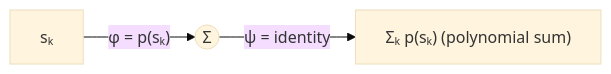
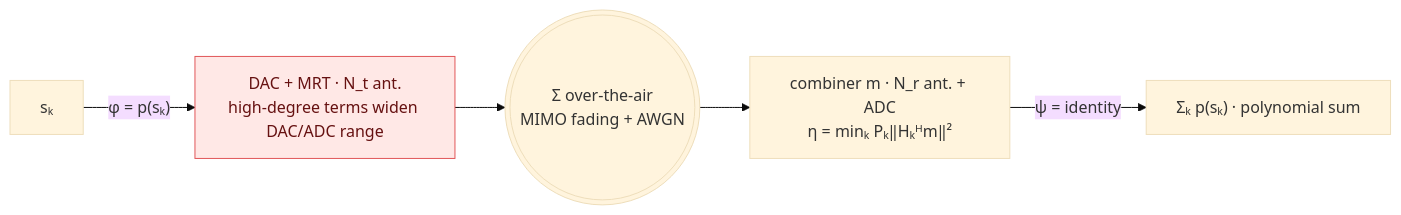
Before and after one commit to wincle626/OverAirCompute: the eighth of 13 diagrams in README.md, drawn with Mermaid (base theme). The commit also changed other lines of this file, not shown here.

````diff
--- a/README.md
+++ b/README.md
@@ -289,4 +322,9 @@
 ```mermaid
 flowchart LR
-    a["sₖ"] -->|"φ = p(sₖ)"| S(("Σ")) -->|"ψ = identity"| r["Σₖ p(sₖ)  (polynomial sum)"]
+    s["sₖ"] -->|"φ = p(sₖ)"| tx["DAC + MRT · N_t ant.<br/>high-degree terms widen DAC/ADC range"]
+    tx --> air((("Σ over-the-air<br/>MIMO fading + AWGN")))
+    air --> rx["combiner m · N_r ant. + ADC<br/>η = minₖ Pₖ‖Hₖᴴm‖²"]
+    rx -->|"ψ = identity"| r["Σₖ p(sₖ)  ·  polynomial sum"]
+    classDef hot fill:#ffe8e6,stroke:#E15759,color:#611;
+    class tx hot;
 ```
````
